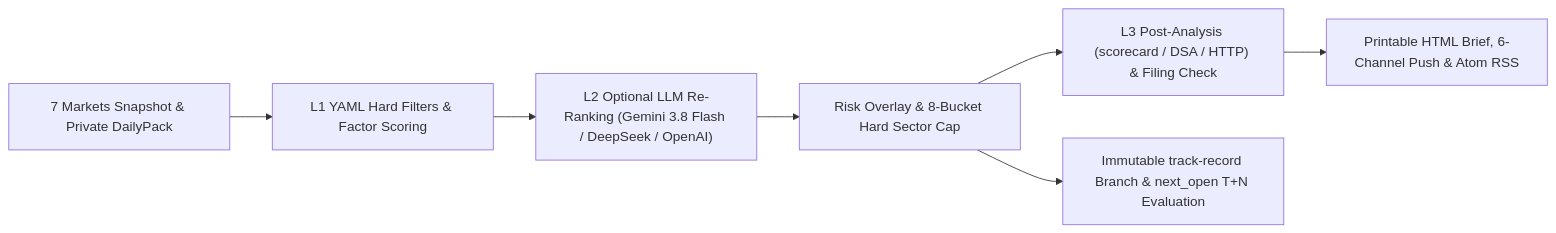
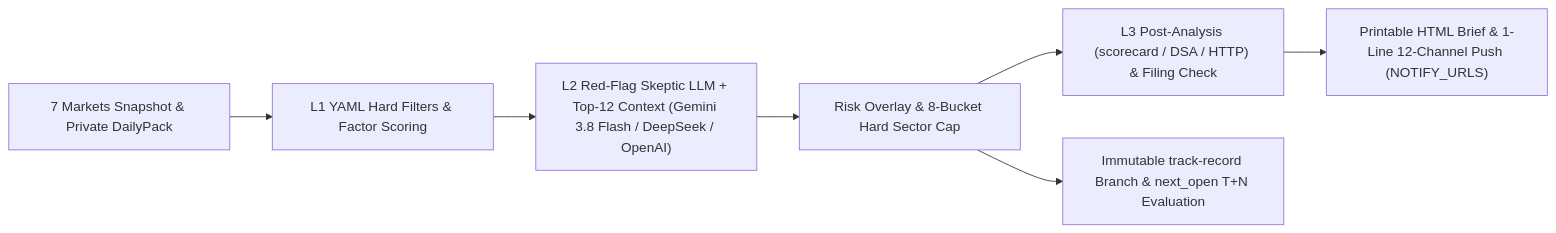
The diagram in README.md (ZhuLinsen/alphasift), drawn with Mermaid before and after one commit. The commit also changed other lines of this file and 18 other files, not shown here.

Commit message:
feat(notify,ci,ai): add 1-line NOTIFY_URLS 12-channel push, fork Pages guard, and AI red-flag ranking

````diff
--- a/README.md
+++ b/README.md
@@ -70,9 +68,9 @@
 ```mermaid
 flowchart LR
   M["7 Markets Snapshot & Private DailyPack"] --> L1["L1 YAML Hard Filters & Factor Scoring"]
-  L1 --> L2["L2 Optional LLM Re-Ranking (Gemini 3.8 Flash / DeepSeek / OpenAI)"]
+  L1 --> L2["L2 Red-Flag Skeptic LLM + Top-12 Context (Gemini 3.8 Flash / DeepSeek / OpenAI)"]
   L2 --> RK["Risk Overlay & 8-Bucket Hard Sector Cap"]
   RK --> L3["L3 Post-Analysis (scorecard / DSA / HTTP) & Filing Check"]
-  L3 --> OUT["Printable HTML Brief, 6-Channel Push & Atom RSS"]
+  L3 --> OUT["Printable HTML Brief & 1-Line 12-Channel Push (NOTIFY_URLS)"]
   RK --> AUD["Immutable track-record Branch & next_open T+N Evaluation"]
 ```
````
